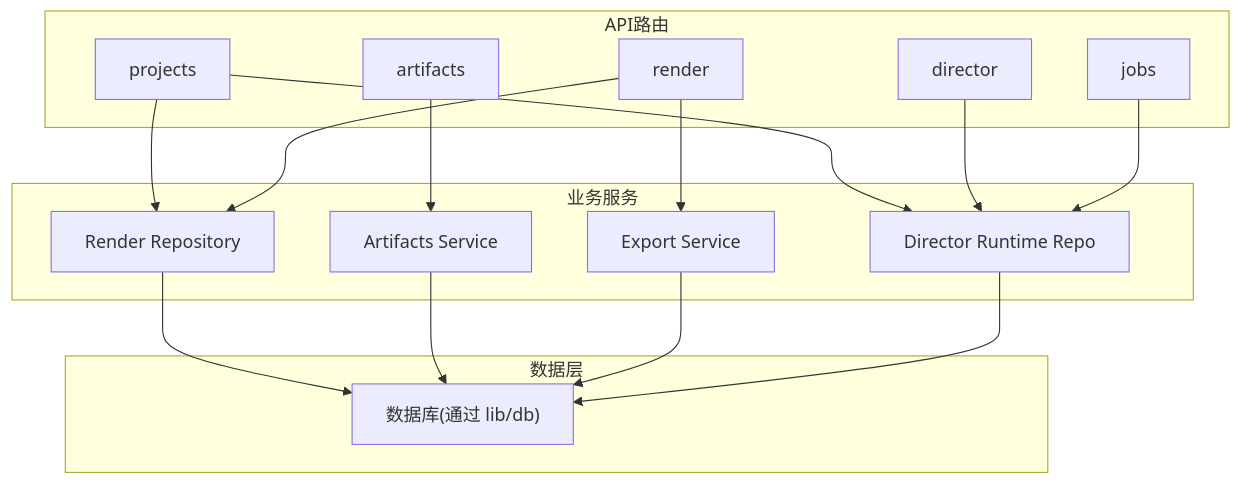
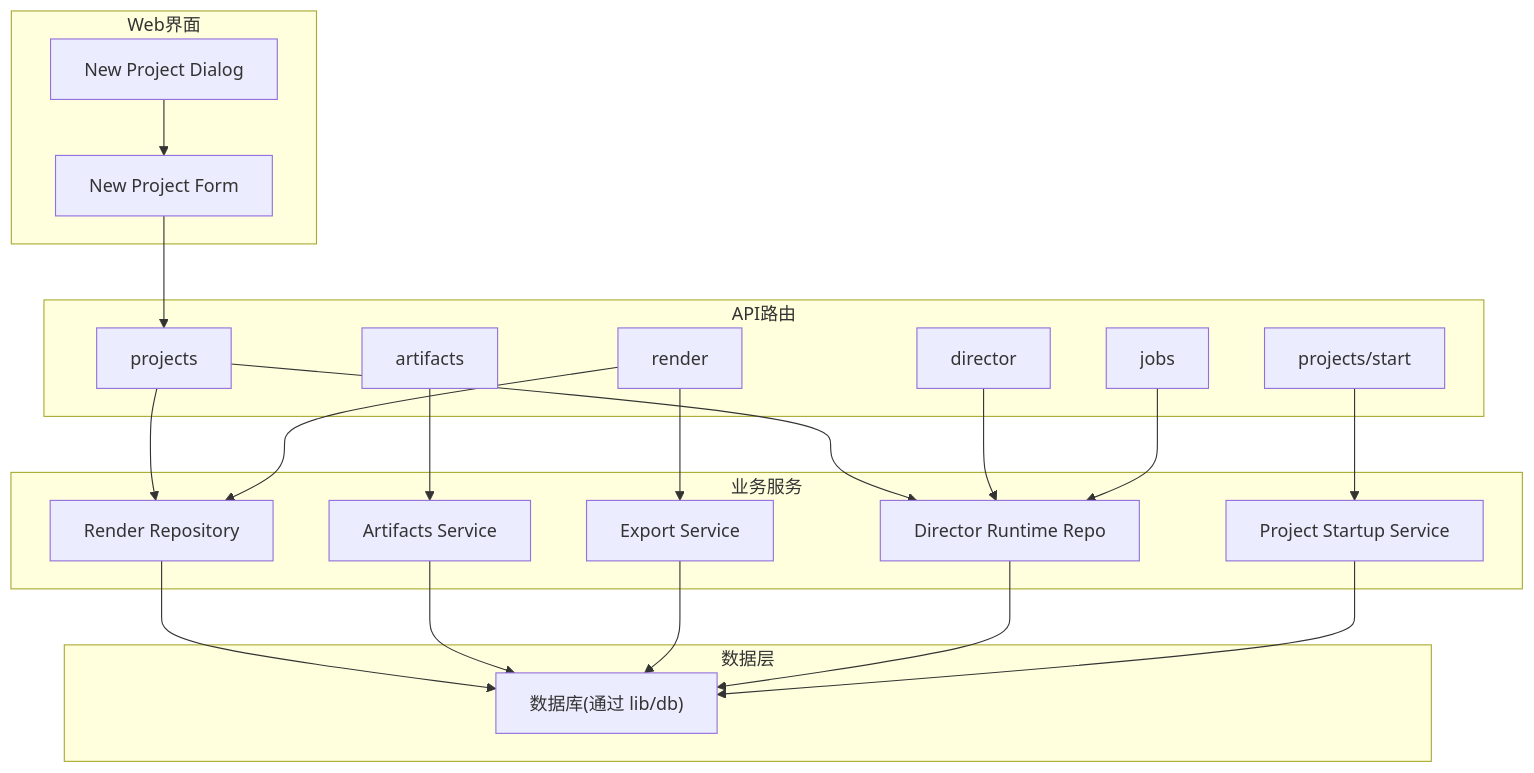
One commit to scottcwy/PurpleInk changed the first of 9 diagrams in .qoder/repowiki/zh/content/API参考/项目管理API.md. Above: the diagram before and after it, drawn with Mermaid. The commit also changed other lines of this file and 29 other files, not shown here.

````diff
--- a/.qoder/repowiki/zh/content/API参考/项目管理API.md
+++ b/.qoder/repowiki/zh/content/API参考/项目管理API.md
@@ -50,30 +63,40 @@
 ```mermaid
 graph TB
 subgraph "API路由"
 P["projects"]
+PS["projects/start"]
 A["artifacts"]
 R["render"]
 D["director"]
 J["jobs"]
+end
+subgraph "Web界面"
+NPD["New Project Dialog"]
+NPF["New Project Form"]
 end
 subgraph "业务服务"
 ASvc["Artifacts Service"]
 RSvc["Render Repository"]
 ESvc["Export Service"]
 DR["Director Runtime Repo"]
+PSvc["Project Startup Service"]
 end
 subgraph "数据层"
 DB["数据库(通过 lib/db)"]
 end
 P --> RSvc
 P --> DR
+PS --> PSvc
 A --> ASvc
 R --> RSvc
 R --> ESvc
 D --> DR
 J --> DR
 RSvc --> DB
 ASvc --> DB
 ESvc --> DB
 DR --> DB
+PSvc --> DB
+NPD --> NPF
+NPF --> P
 ```
````
